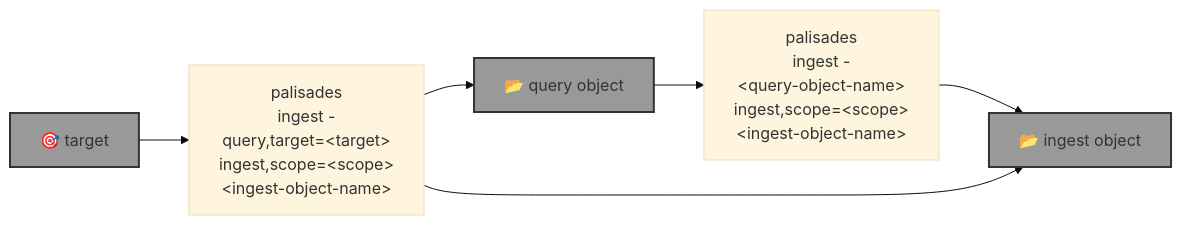
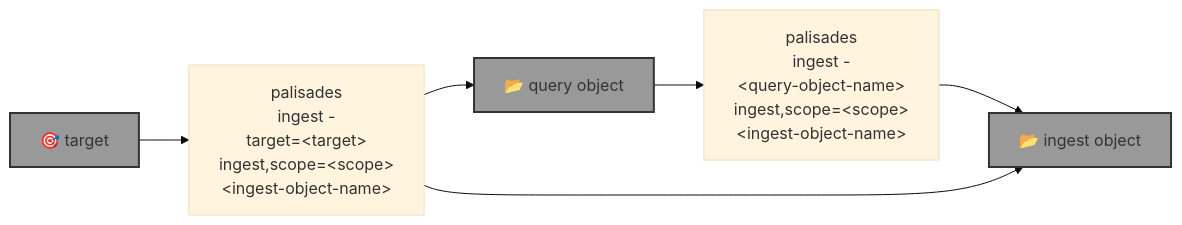
The diagram in blue_sandbox/palisades/README.md (kamangir/blue-sandbox), drawn with Mermaid (base theme) before and after one commit. The commit also changed other lines of this file and 4 other files, not shown here.

````diff
--- a/blue_sandbox/palisades/README.md
+++ b/blue_sandbox/palisades/README.md
@@ -5,18 +5,18 @@
 ```mermaid
 graph LR
     palisades_ingest_query["palisades<br>ingest -<br>&lt;query-object-name&gt;<br>ingest,scope=&lt;scope&gt;<br>&lt;ingest-object-name&gt;"]
-    palisades_ingest_target["palisades<br>ingest -<br>query,target=&lt;target&gt;<br>ingest,scope=&lt;scope&gt;<br>&lt;ingest-object-name&gt;"]
+    palisades_ingest_target["palisades<br>ingest -<br>target=&lt;target&gt;<br>ingest,scope=&lt;scope&gt;<br>&lt;ingest-object-name&gt;"]
 
     target["🎯 target"]:::folder
     query_object["📂 query object"]:::folder
     ingest_object["📂 ingest object"]:::folder
 
     query_object --> palisades_ingest_query
     palisades_ingest_query --> ingest_object
 
     target --> palisades_ingest_target
     palisades_ingest_target --> query_object
     palisades_ingest_target --> ingest_object
 
     classDef folder fill:#999,stroke:#333,stroke-width:2px;
 ```
````
